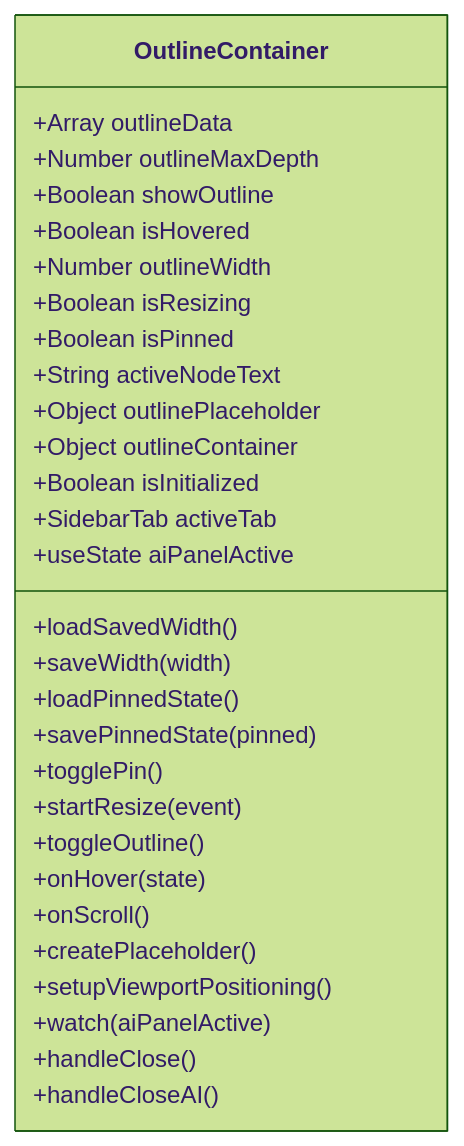
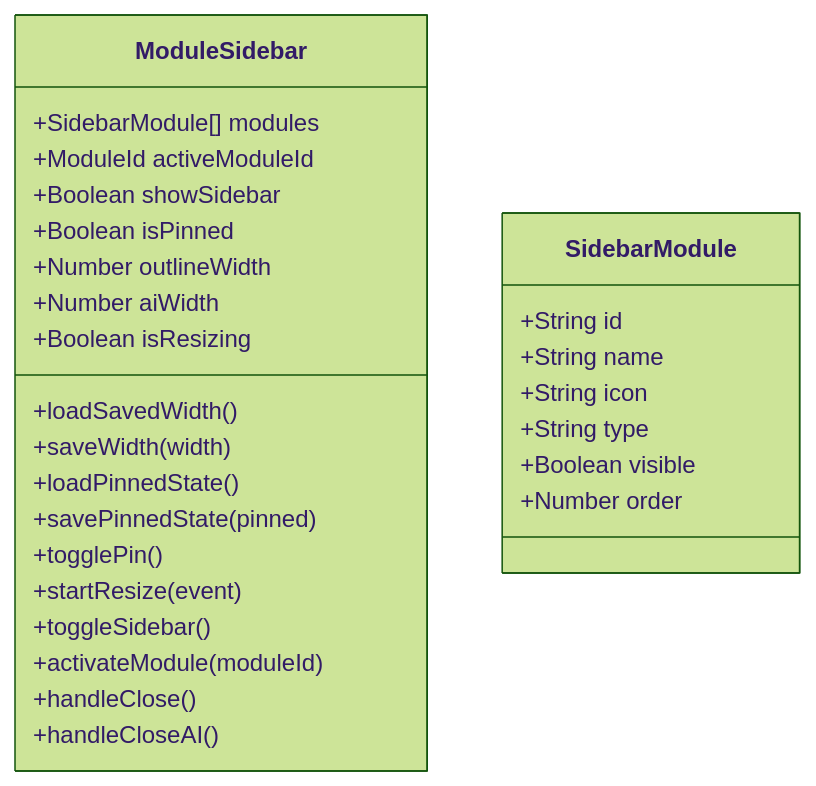
One commit to terwer/siyuan-plugin-blog changed the third of 8 diagrams in .qoder/repowiki/zh/content/Outline System.md. Above: the diagram before and after it, drawn with Mermaid (forest theme). The commit also changed other lines of this file and 5 other files, not shown here.

Commit message:
docs(zh): modular sidebar with vertical buttons for outline system

````diff
--- a/.qoder/repowiki/zh/content/Outline System.md
+++ b/.qoder/repowiki/zh/content/Outline System.md
@@ -179,32 +177,30 @@
 ```mermaid
 classDiagram
-class OutlineContainer {
-+Array outlineData
-+Number outlineMaxDepth
-+Boolean showOutline
-+Boolean isHovered
+class ModuleSidebar {
++SidebarModule[] modules
++ModuleId activeModuleId
++Boolean showSidebar
++Boolean isPinned
 +Number outlineWidth
++Number aiWidth
 +Boolean isResizing
-+Boolean isPinned
-+String activeNodeText
-+Object outlinePlaceholder
-+Object outlineContainer
-+Boolean isInitialized
-+SidebarTab activeTab
-+useState aiPanelActive
 +loadSavedWidth()
 +saveWidth(width)
 +loadPinnedState()
 +savePinnedState(pinned)
 +togglePin()
 +startResize(event)
-+toggleOutline()
-+onHover(state)
-+onScroll()
-+createPlaceholder()
-+setupViewportPositioning()
-+watch(aiPanelActive)
++toggleSidebar()
++activateModule(moduleId)
 +handleClose()
 +handleCloseAI()
 }
+class SidebarModule {
++String id
++String name
++String icon
++String type
++Boolean visible
++Number order
+}
 ```
````
